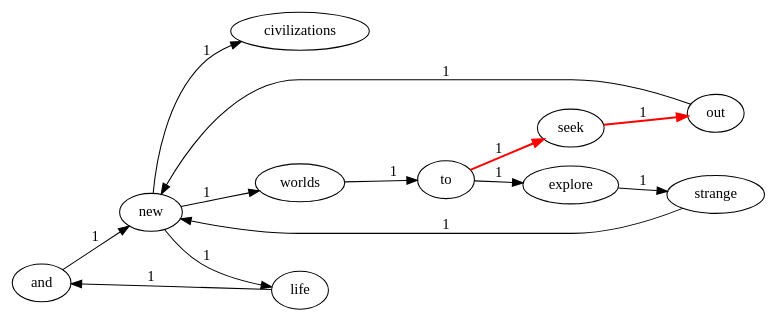
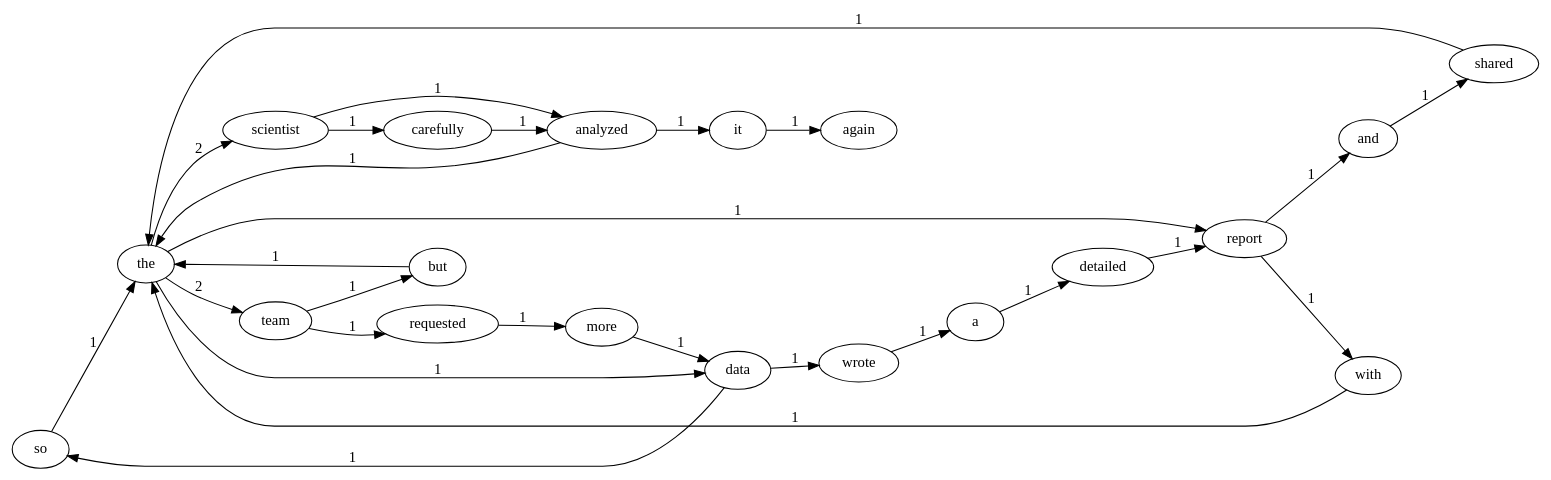
Before and after one commit to Djsyyds/LAB1-2022113371: the diagram in graph.dot, drawn with Graphviz. The commit also changed 17 other files, not shown here.

```diff
--- a/graph.dot
+++ b/graph.dot
@@ -1,15 +1,29 @@
 digraph G {
   rankdir=LR;
-  "and" -> "new" [label="1"];
-  "out" -> "new" [label="1"];
-  "seek" -> "out" [color=red, penwidth=2.0, label="1"];
-  "worlds" -> "to" [label="1"];
-  "life" -> "and" [label="1"];
-  "new" -> "civilizations" [label="1"];
-  "new" -> "life" [label="1"];
-  "new" -> "worlds" [label="1"];
-  "strange" -> "new" [label="1"];
-  "explore" -> "strange" [label="1"];
-  "to" -> "seek" [color=red, penwidth=2.0, label="1"];
-  "to" -> "explore" [label="1"];
+  "so" -> "the" [label="1"];
+  "it" -> "again" [label="1"];
+  "but" -> "the" [label="1"];
+  "requested" -> "more" [label="1"];
+  "the" -> "team" [label="2"];
+  "the" -> "report" [label="1"];
+  "the" -> "data" [label="1"];
+  "the" -> "scientist" [label="2"];
+  "scientist" -> "analyzed" [label="1"];
+  "scientist" -> "carefully" [label="1"];
+  "analyzed" -> "it" [label="1"];
+  "analyzed" -> "the" [label="1"];
+  "wrote" -> "a" [label="1"];
+  "carefully" -> "analyzed" [label="1"];
+  "team" -> "requested" [label="1"];
+  "team" -> "but" [label="1"];
+  "data" -> "so" [label="1"];
+  "data" -> "wrote" [label="1"];
+  "more" -> "data" [label="1"];
+  "a" -> "detailed" [label="1"];
+  "detailed" -> "report" [label="1"];
+  "with" -> "the" [label="1"];
+  "and" -> "shared" [label="1"];
+  "report" -> "with" [label="1"];
+  "report" -> "and" [label="1"];
+  "shared" -> "the" [label="1"];
 }
```
